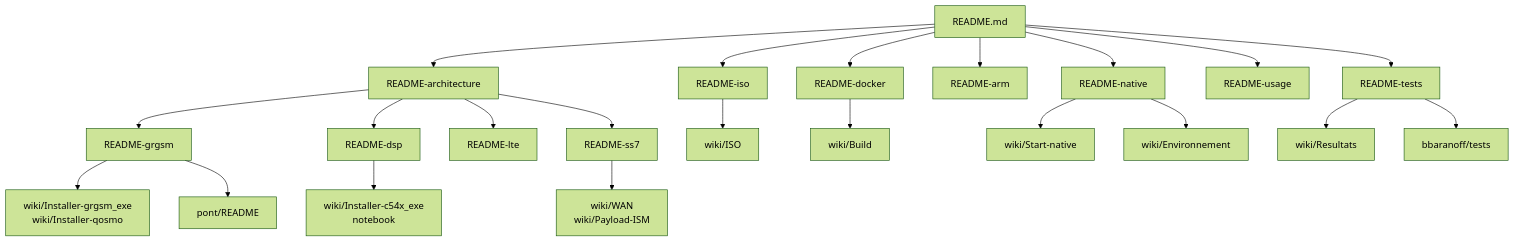
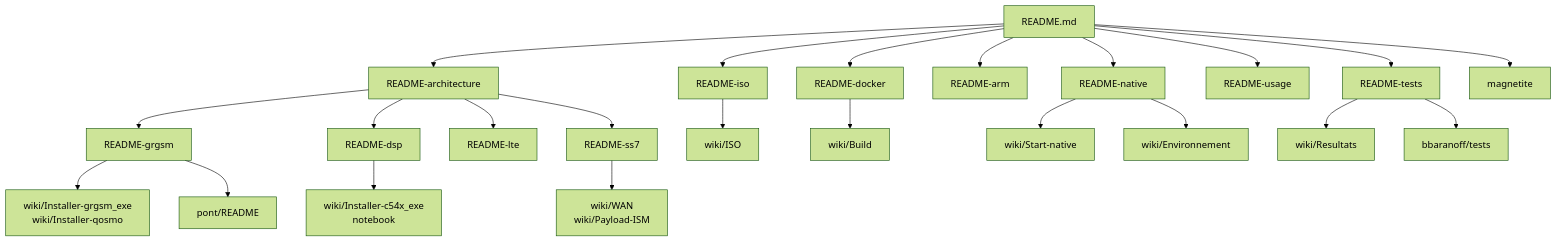
One commit to bbaranoff/osmo-operator changed the first of 2 diagrams in doc/README-docs.md. Above: the diagram before and after it, drawn with Mermaid (forest theme). The commit also changed other lines of this file and 178 other files, not shown here.

````diff
--- a/doc/README-docs.md
+++ b/doc/README-docs.md
@@ -7,24 +7,25 @@
 ```mermaid
 flowchart TD
     R["README.md"] --> ISO["README-iso"]
     R --> DOC["README-docker"]
     R --> NAT["README-native"]
     R --> ARM["README-arm"]
     R --> ARCH["README-architecture"]
     ARCH --> GR["README-grgsm"]
     ARCH --> DSP["README-dsp"]
     ARCH --> LTE["README-lte"]
     ARCH --> SS7["README-ss7"]
     R --> USE["README-usage"]
     R --> TST["README-tests"]
+    R --> MAG["magnetite"]
     ISO --> W_ISO["wiki/ISO"]
     DOC --> W_BUILD["wiki/Build"]
     NAT --> W_SD["wiki/Start-native"]
     NAT --> W_ENV["wiki/Environnement"]
     GR --> W_GR["wiki/Installer-grgsm_exe<br/>wiki/Installer-qosmo"]
     DSP --> W_DSP["wiki/Installer-c54x_exe<br/>notebook"]
     SS7 --> W_WAN["wiki/WAN<br/>wiki/Payload-ISM"]
     TST --> W_RES["wiki/Resultats"]
     TST --> T_REPO["bbaranoff/tests"]
     GR --> PONT["pont/README"]
 ```
````
